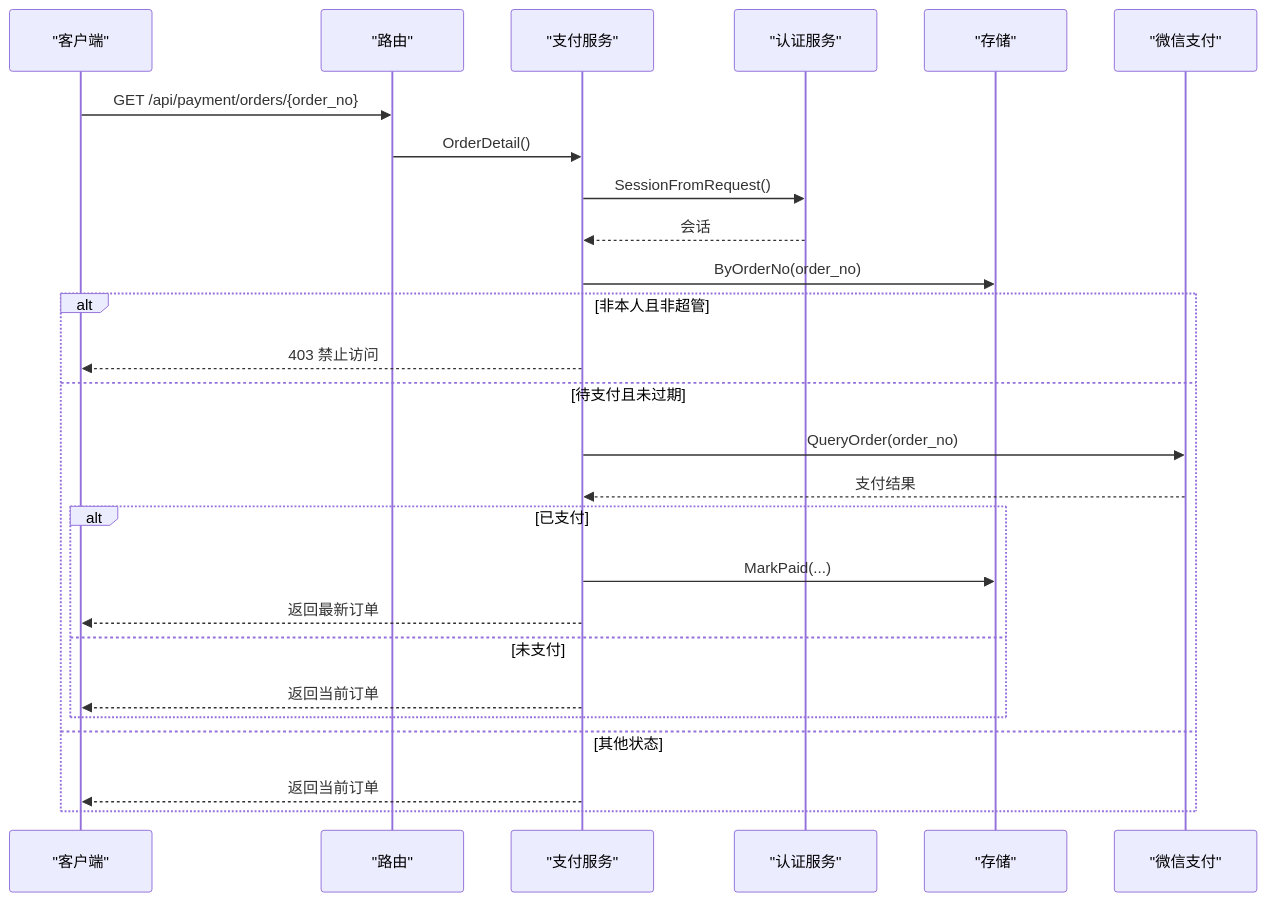
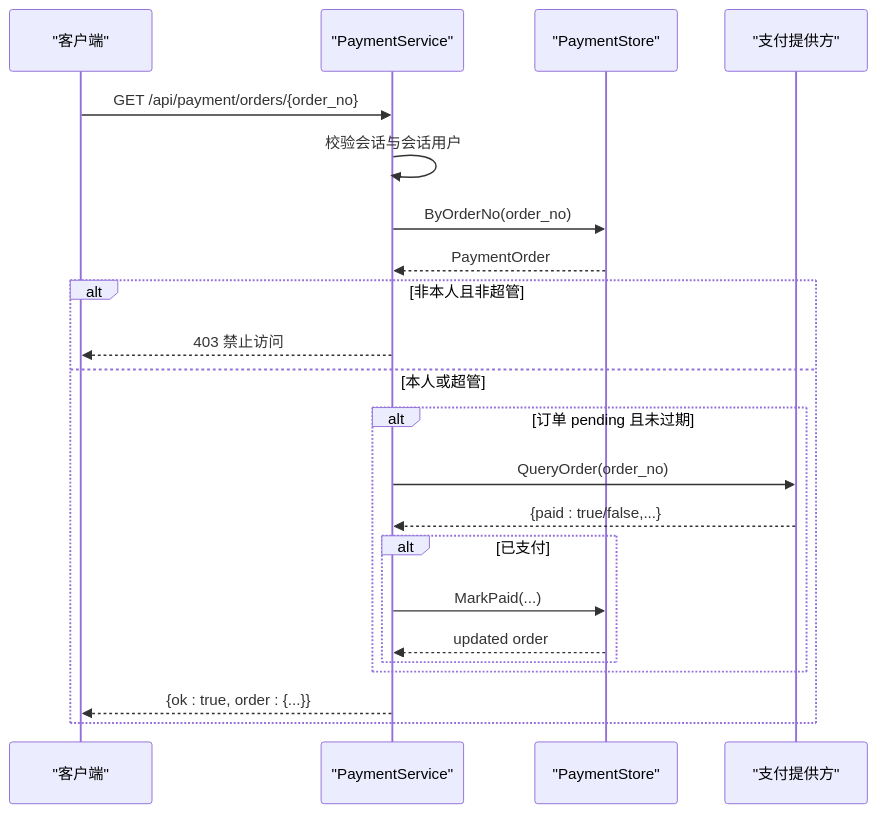
Before and after one commit to alvinwangzi/goodhr: the fifth of 6 diagrams in .qoder/repowiki/zh/content/API接口文档/云端REST API/支付订阅API/订单管理接口.md, drawn with Mermaid. The commit also changed other lines of this file and 149 other files, not shown here.

````diff
--- a/.qoder/repowiki/zh/content/API接口文档/云端REST API/支付订阅API/订单管理接口.md
+++ b/.qoder/repowiki/zh/content/API接口文档/云端REST API/支付订阅API/订单管理接口.md
@@ -166,28 +199,24 @@
 ```mermaid
 sequenceDiagram
 participant C as "客户端"
-participant R as "路由"
-participant P as "支付服务"
-participant A as "认证服务"
-participant S as "存储"
-participant W as "微信支付"
-C->>R : GET /api/payment/orders/{order_no}
-R->>P : OrderDetail()
-P->>A : SessionFromRequest()
-A-->>P : 会话
-P->>S : ByOrderNo(order_no)
+participant S as "PaymentService"
+participant DB as "PaymentStore"
+participant P as "支付提供方"
+C->>S : GET /api/payment/orders/{order_no}
+S->>S : 校验会话与会话用户
+S->>DB : ByOrderNo(order_no)
+DB-->>S : PaymentOrder
 alt 非本人且非超管
-P-->>C : 403 禁止访问
-else 待支付且未过期
-P->>W : QueryOrder(order_no)
-W-->>P : 支付结果
+S-->>C : 403 禁止访问
+else 本人或超管
+alt 订单 pending 且未过期
+S->>P : QueryOrder(order_no)
+P-->>S : {paid : true/false,...}
 alt 已支付
-P->>S : MarkPaid(...)
-P-->>C : 返回最新订单
-else 未支付
-P-->>C : 返回当前订单
+S->>DB : MarkPaid(...)
+DB-->>S : updated order
 end
-else 其他状态
-P-->>C : 返回当前订单
+end
+S-->>C : {ok : true, order : {...}}
 end
 ```
````
